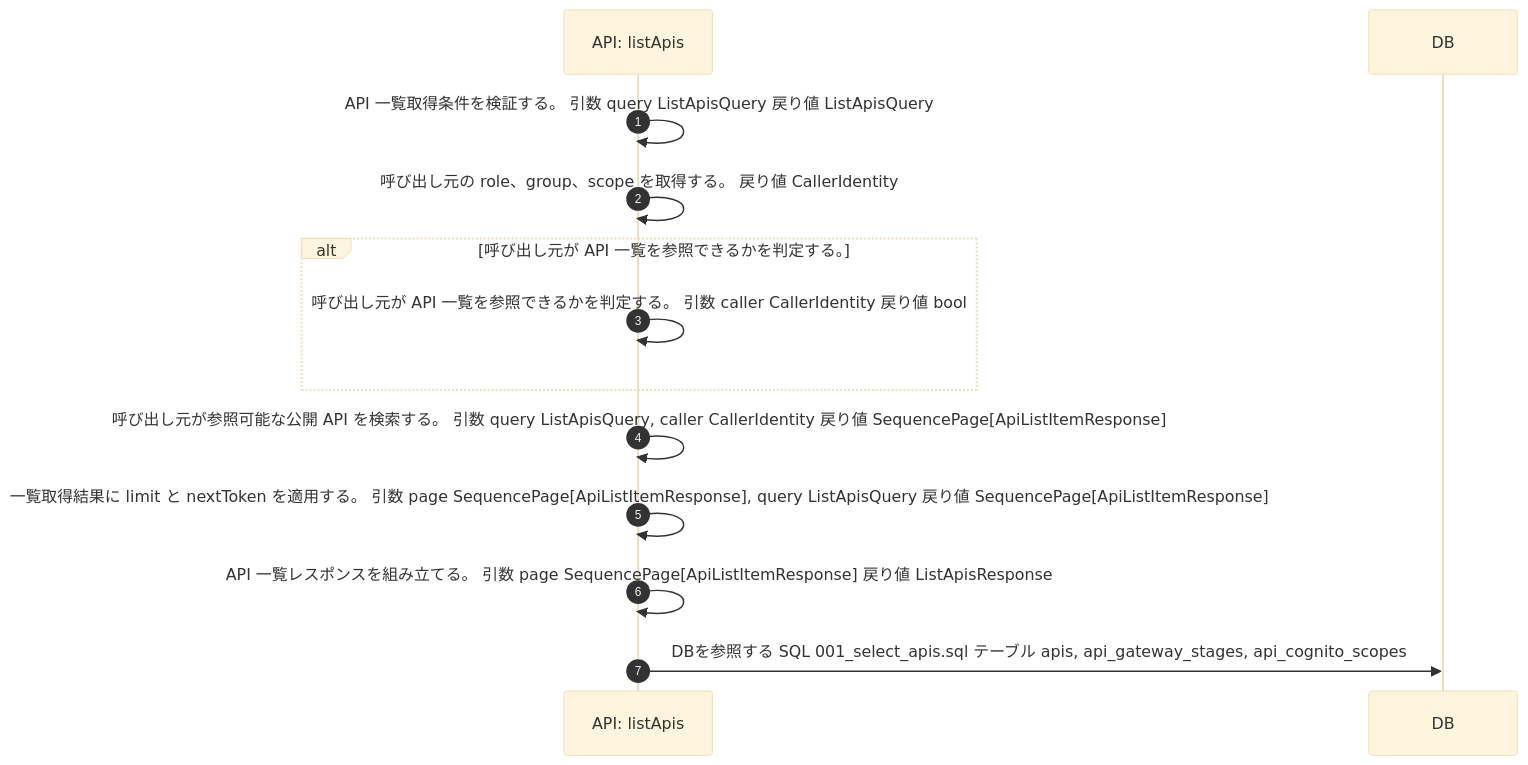
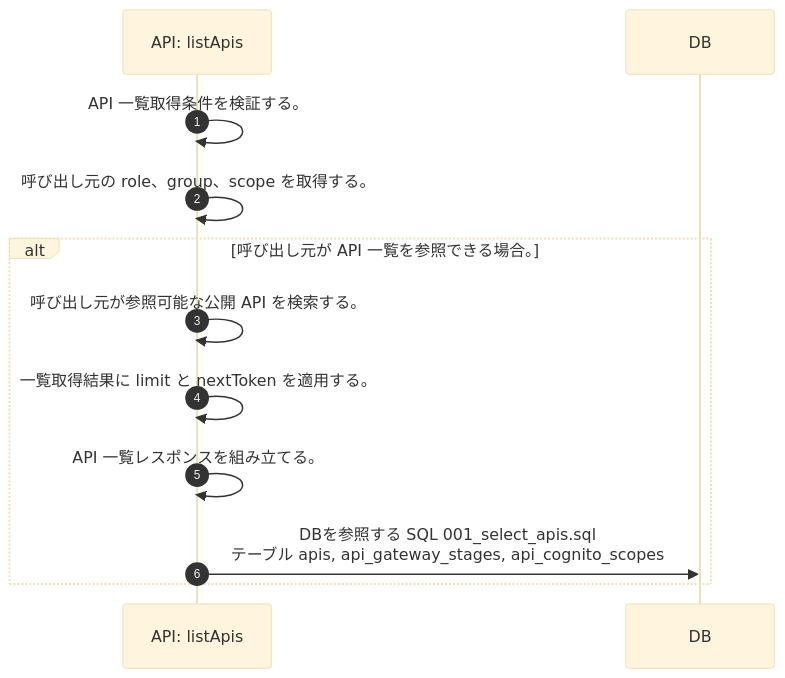
The diagram in docs/spec/40.apis/apis/list_apis/sequence_gen.md (tsuji-tomonori/lazunex), drawn with Mermaid (base theme) before and after one commit. The commit also changed 16 other files, not shown here.

First line of the commit message:
🐛 fix(api): sequence条件分岐の表示を修正

````diff
--- a/docs/spec/40.apis/apis/list_apis/sequence_gen.md
+++ b/docs/spec/40.apis/apis/list_apis/sequence_gen.md
@@ -5,15 +5,14 @@
 ```mermaid
 sequenceDiagram
   autonumber
   participant API as API: listApis
   participant DB as DB
-  API->>API: API 一覧取得条件を検証する。 引数 query ListApisQuery 戻り値 ListApisQuery
-  API->>API: 呼び出し元の role、group、scope を取得する。 戻り値 CallerIdentity
-  alt 呼び出し元が API 一覧を参照できるかを判定する。
-    API->>API: 呼び出し元が API 一覧を参照できるかを判定する。 引数 caller CallerIdentity 戻り値 bool
+  API->>API: API 一覧取得条件を検証する。
+  API->>API: 呼び出し元の role、group、scope を取得する。
+  alt 呼び出し元が API 一覧を参照できる場合。
+    API->>API: 呼び出し元が参照可能な公開 API を検索する。
+    API->>API: 一覧取得結果に limit と nextToken を適用する。
+    API->>API: API 一覧レスポンスを組み立てる。
+    API->>DB: DBを参照する SQL 001_select_apis.sql<br/>テーブル apis, api_gateway_stages, api_cognito_scopes
   end
-  API->>API: 呼び出し元が参照可能な公開 API を検索する。 引数 query ListApisQuery, caller CallerIdentity 戻り値 SequencePage[ApiListItemResponse]
-  API->>API: 一覧取得結果に limit と nextToken を適用する。 引数 page SequencePage[ApiListItemResponse], query ListApisQuery 戻り値 SequencePage[ApiListItemResponse]
-  API->>API: API 一覧レスポンスを組み立てる。 引数 page SequencePage[ApiListItemResponse] 戻り値 ListApisResponse
-  API->>DB: DBを参照する SQL 001_select_apis.sql テーブル apis, api_gateway_stages, api_cognito_scopes
 ```
````
